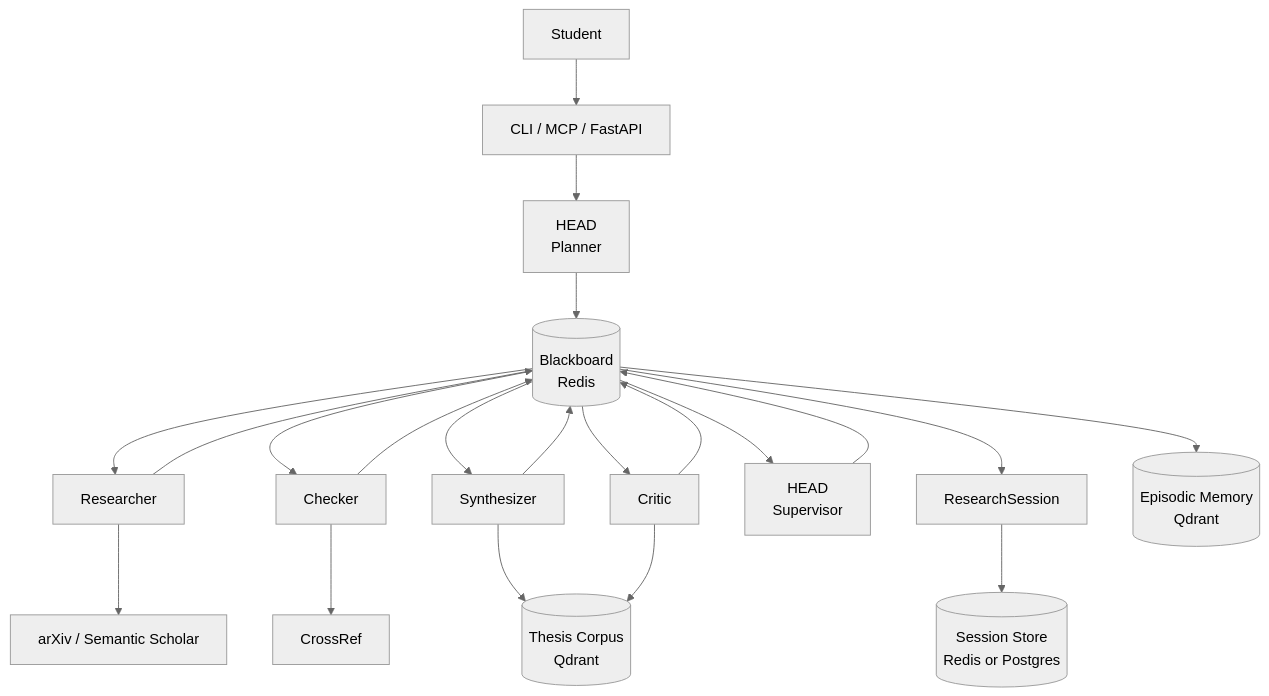
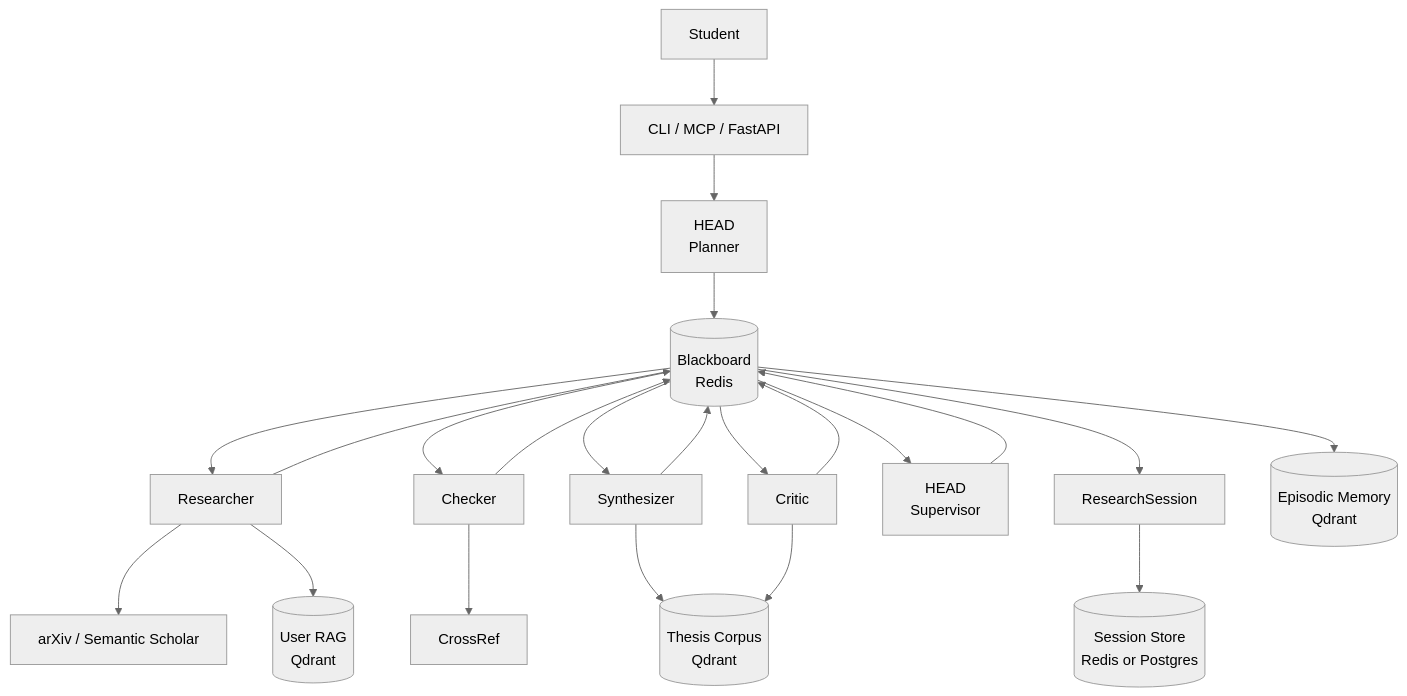
Before and after one commit to DavidHavoc/openworkers: the diagram in docs/architecture.md, drawn with Mermaid (neutral theme). The commit also changed other lines of this file and 5 other files, not shown here.

````diff
--- a/docs/architecture.md
+++ b/docs/architecture.md
@@ -5,20 +5,21 @@
 ```mermaid
 flowchart TD
     A[Student] --> B["CLI / MCP / FastAPI"]
     B --> C["HEAD<br/>Planner"]
     C --> D[(Blackboard<br/>Redis)]
     D --> E["Researcher"] --> D
     D --> F["Checker"] --> D
     D --> G["Synthesizer"] --> D
     D --> H["Critic"] --> D
     D --> I["HEAD<br/>Supervisor"]
     I --> D
     D --> J["ResearchSession"]
 
     E --> T["arXiv / Semantic Scholar"]
+    E --> U[(User RAG<br/>Qdrant)]
     F --> X["CrossRef"]
     G --> R[(Thesis Corpus<br/>Qdrant)]
     H --> R
     D --> M[(Episodic Memory<br/>Qdrant)]
     J --> S[(Session Store<br/>Redis or Postgres)]
 ```
````
